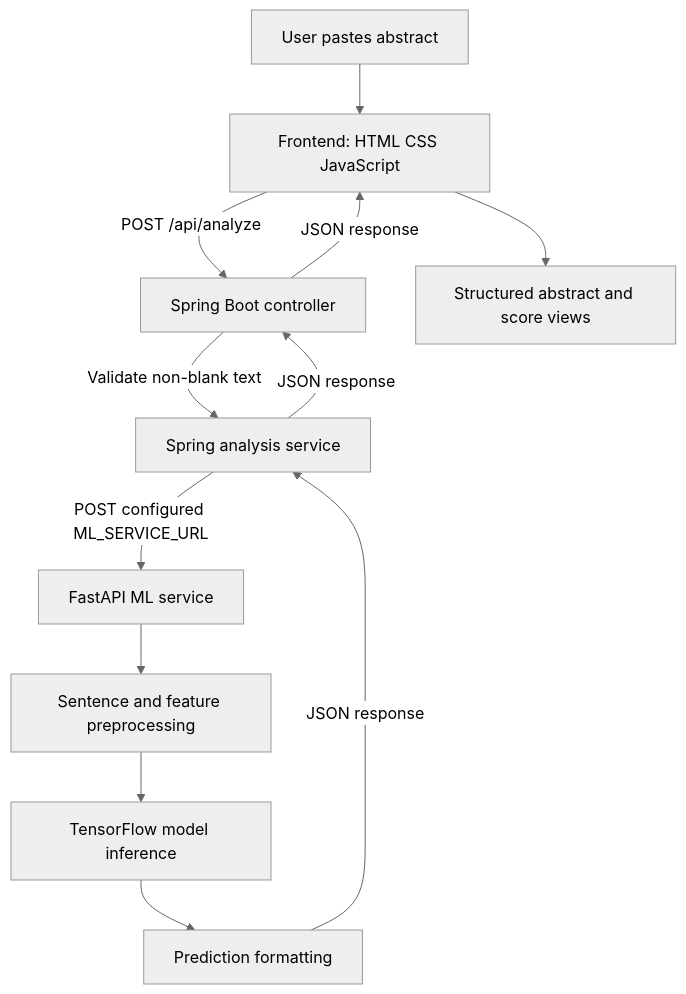
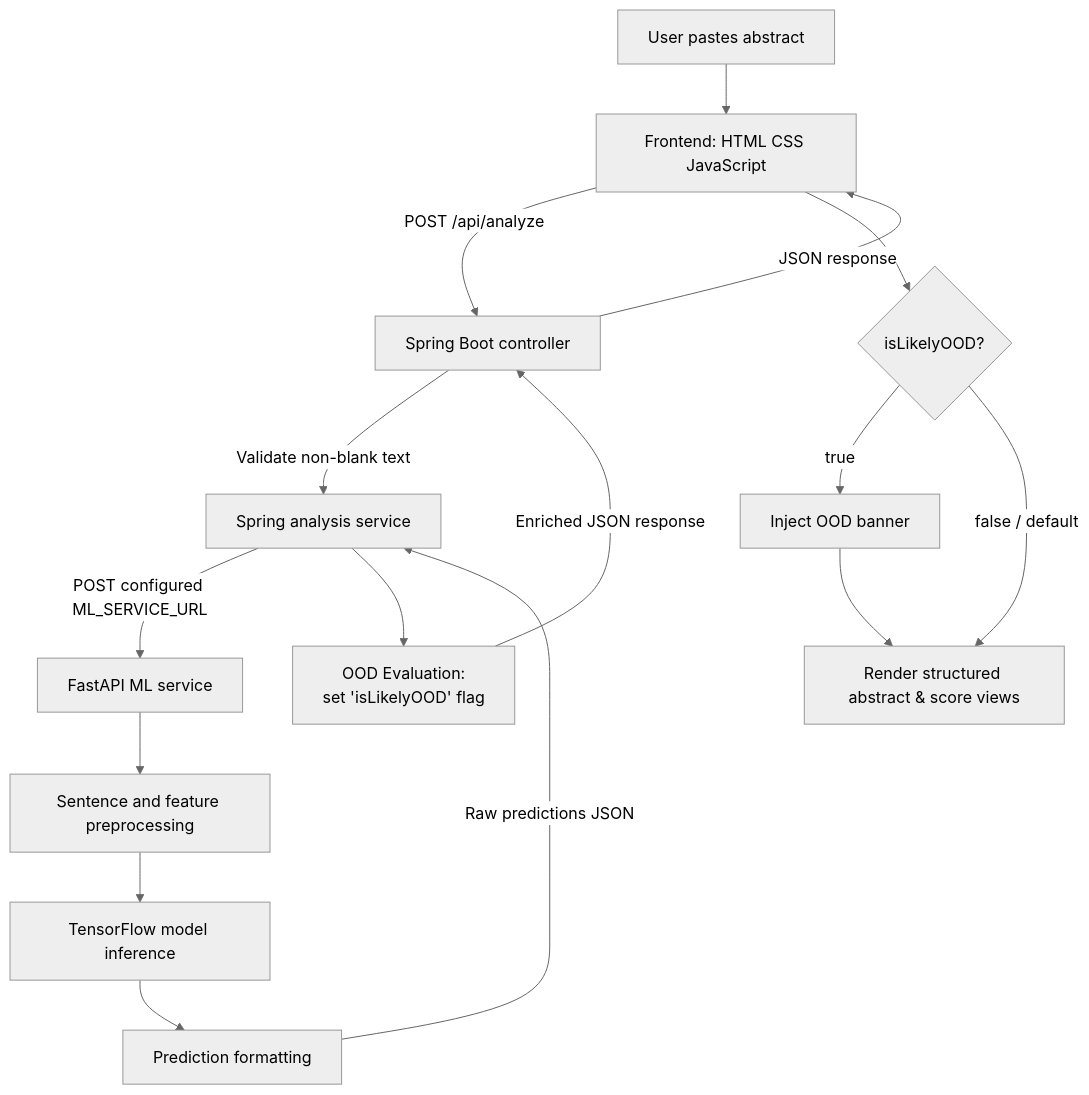
Before and after one commit to AaryanGotad/Structura: the first of 3 diagrams in README.md, drawn with Mermaid (neutral theme). The commit also changed other lines of this file, not shown here.

````diff
--- a/README.md
+++ b/README.md
@@ -242,14 +249,18 @@
 ```mermaid
 flowchart TD
     U[User pastes abstract] --> F[Frontend: HTML CSS JavaScript]
     F -->|POST /api/analyze| C[Spring Boot controller]
     C -->|Validate non-blank text| S[Spring analysis service]
     S -->|POST configured ML_SERVICE_URL| M[FastAPI ML service]
     M --> P[Sentence and feature preprocessing]
     P --> I[TensorFlow model inference]
     I --> R[Prediction formatting]
-    R -->|JSON response| S
-    S -->|JSON response| C
+    R -->|Raw predictions JSON| S
+    S --> O[OOD Evaluation:\nset 'isLikelyOOD' flag]
+    O -->|Enriched JSON response| C
     C -->|JSON response| F
-    F --> V[Structured abstract and score views]
+    F --> D{isLikelyOOD?}
+    D -->|true| B[Inject OOD banner]
+    D -->|false / default| V[Render structured abstract & score views]
+    B --> V
 ```
````
